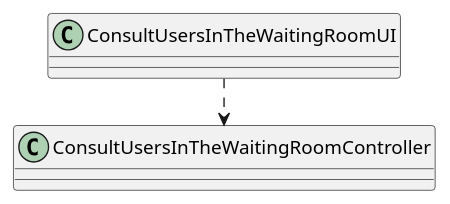
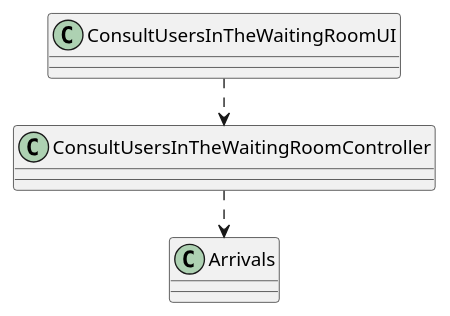
Before and after one commit to Pirussa/lei-22-s2-1da-g02: the diagram in docs/SprintC/US005/US005_CD.puml, drawn with PlantUML. The commit also changed 4 other files, not shown here.

Commit message:
US005 - Modularization - Adjustments on the class diagram, and small fixes on the documentation (Customer Specifications and Clarifications). US005 - Implementation - Javadoc on the UI method.

```diff
--- a/docs/SprintC/US005/US005_CD.puml
+++ b/docs/SprintC/US005/US005_CD.puml
@@ -1,17 +1,19 @@
 @startuml
 'https://plantuml.com/class-diagram
 
 
 
 
 class ConsultUsersInTheWaitingRoomUI
 
-class ConsultUsersInTheWaitingRoomController{
-}
+class ConsultUsersInTheWaitingRoomController
+
+class Arrivals
 
 
 left to right direction
 
 ConsultUsersInTheWaitingRoomUI .> ConsultUsersInTheWaitingRoomController
+ConsultUsersInTheWaitingRoomController .> Arrivals
 
 @enduml
```
